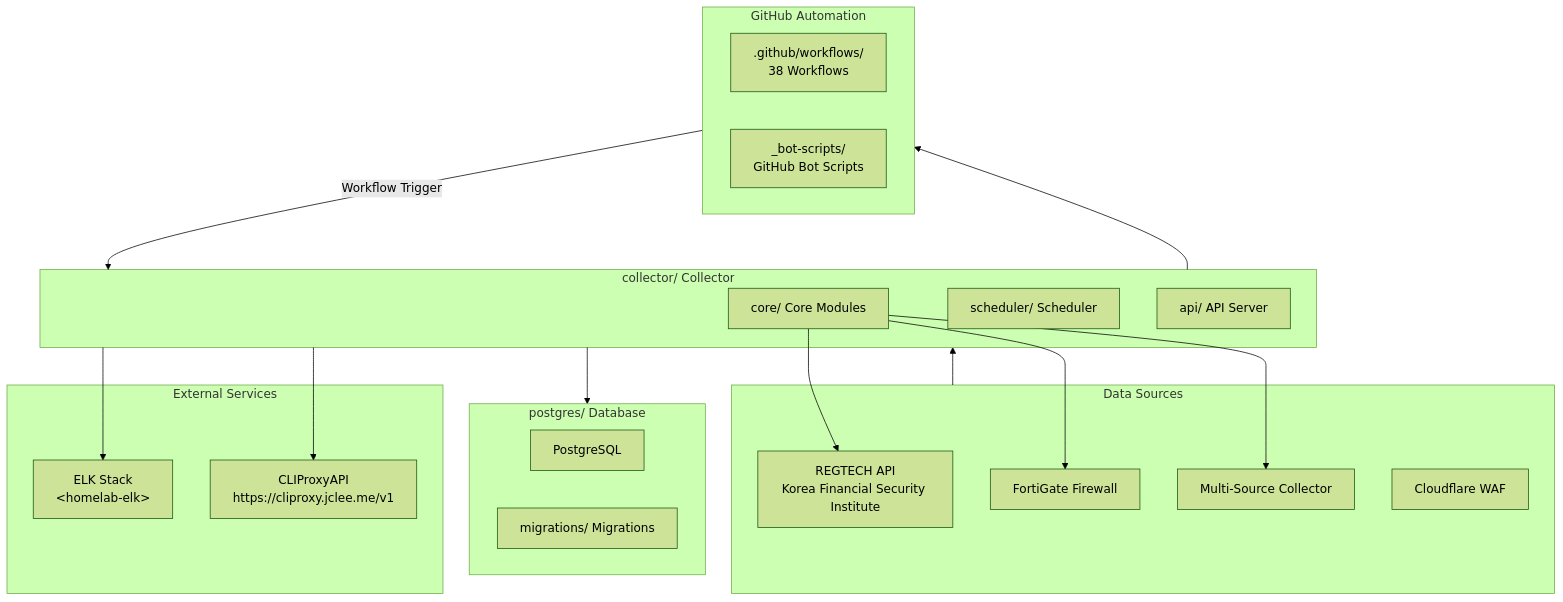
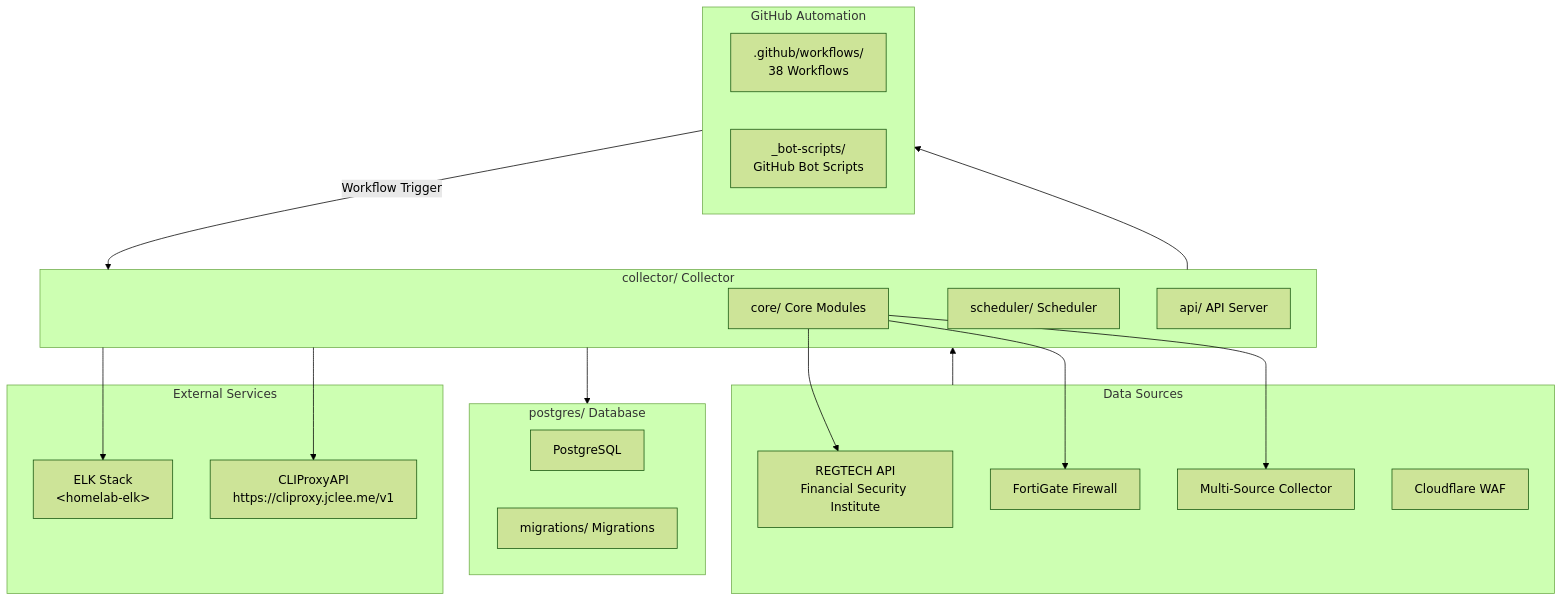
The second of 2 diagrams in README.md (jclee941/blacklist), drawn with Mermaid (forest theme) before and after one commit. The commit also changed other lines of this file, not shown here.

````diff
--- a/README.md
+++ b/README.md
@@ -345,41 +250,41 @@
 ```mermaid
 flowchart TB
     subgraph DataSources["Data Sources"]
-        REGTECH["REGTECH API<br/>Korea Financial Security Institute"]
+        REGTECH["REGTECH API<br/>Financial Security Institute"]
         FORTIGATE["FortiGate Firewall"]
         MULTI["Multi-Source Collector"]
         CLOUDFLARE["Cloudflare WAF"]
     end
 
     subgraph Collector["collector/ Collector"]
         CORE["core/ Core Modules"]
         SCHEDULER["scheduler/ Scheduler"]
         API["api/ API Server"]
         
         CORE --> FORTIGATE
         CORE --> REGTECH
         CORE --> MULTI
     end
 
     subgraph Database["postgres/ Database"]
         PG["PostgreSQL"]
         MIGRATIONS["migrations/ Migrations"]
     end
 
     subgraph GitHubAutomation["GitHub Automation"]
         WORKFLOWS[".github/workflows/<br/>38 Workflows"]
         BOTS["_bot-scripts/<br/>GitHub Bot Scripts"]
     end
 
     subgraph ExternalServices["External Services"]
         ELK["ELK Stack<br/>&lt;homelab-elk&gt;"]
         PROXY["CLIProxyAPI<br/>https://cliproxy.jclee.me/v1"]
     end
 
     DataSources --> Collector
     Collector --> Database
     Collector --> GitHubAutomation
-    GitHubAutomation -->|Workflow Trigger| Collector
+    GitHubAutomation -->|"Workflow Trigger"| Collector
     Collector --> ELK
     Collector --> PROXY
 ```
````
